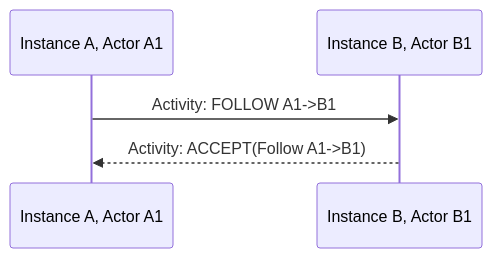
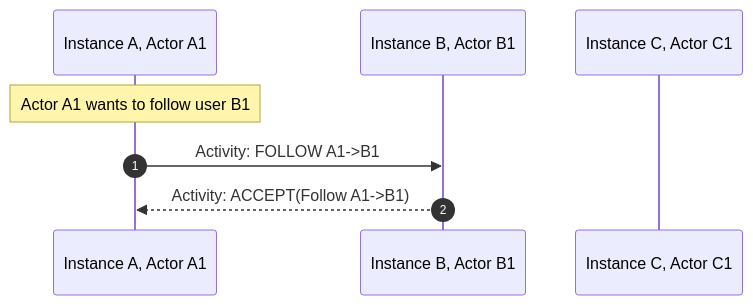
Before and after one commit to maybeanerd/iu-tech-talk: the second of 7 diagrams in slides.md, drawn with Mermaid. The commit also changed other lines of this file, not shown here.

````diff
--- a/slides.md
+++ b/slides.md
@@ -297,8 +295,11 @@
 ```mermaid
 sequenceDiagram
+  autonumber
   participant A as Instance A, Actor A1
   participant B as Instance B, Actor B1
+  participant C as Instance C, Actor C1
+  Note over A: Actor A1 wants to follow user B1
   A->>B: Activity: FOLLOW A1->B1
   B-->>A: Activity: ACCEPT(Follow A1->B1)
 
 ```
````
